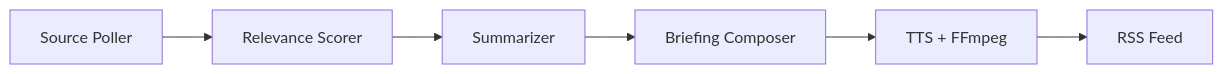
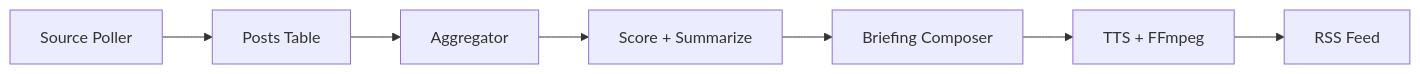
The diagram in README.md (sourcelabs-nl/ai-summary-podcast), drawn with Mermaid before and after one commit. The commit also changed other lines of this file and 37 other files, not shown here.

````diff
--- a/README.md
+++ b/README.md
@@ -7,8 +7,9 @@
 ```mermaid
 flowchart LR
-    A[Source Poller] --> B[Relevance Scorer]
-    B --> C[Summarizer]
-    C --> D[Briefing Composer]
-    D --> E[TTS + FFmpeg]
-    E --> F[RSS Feed]
+    A[Source Poller] --> B[Posts Table]
+    B --> C[Aggregator]
+    C --> D[Score + Summarize]
+    D --> E[Briefing Composer]
+    E --> F[TTS + FFmpeg]
+    F --> G[RSS Feed]
 ```
````
